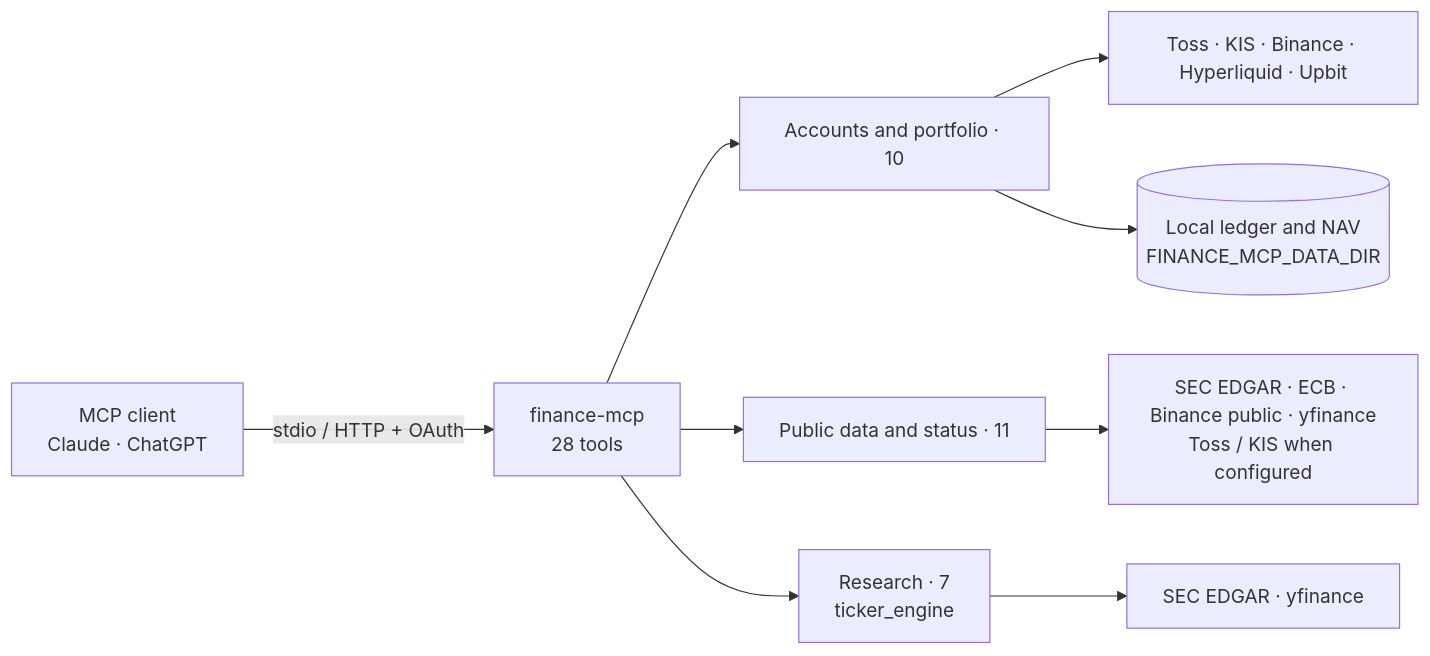
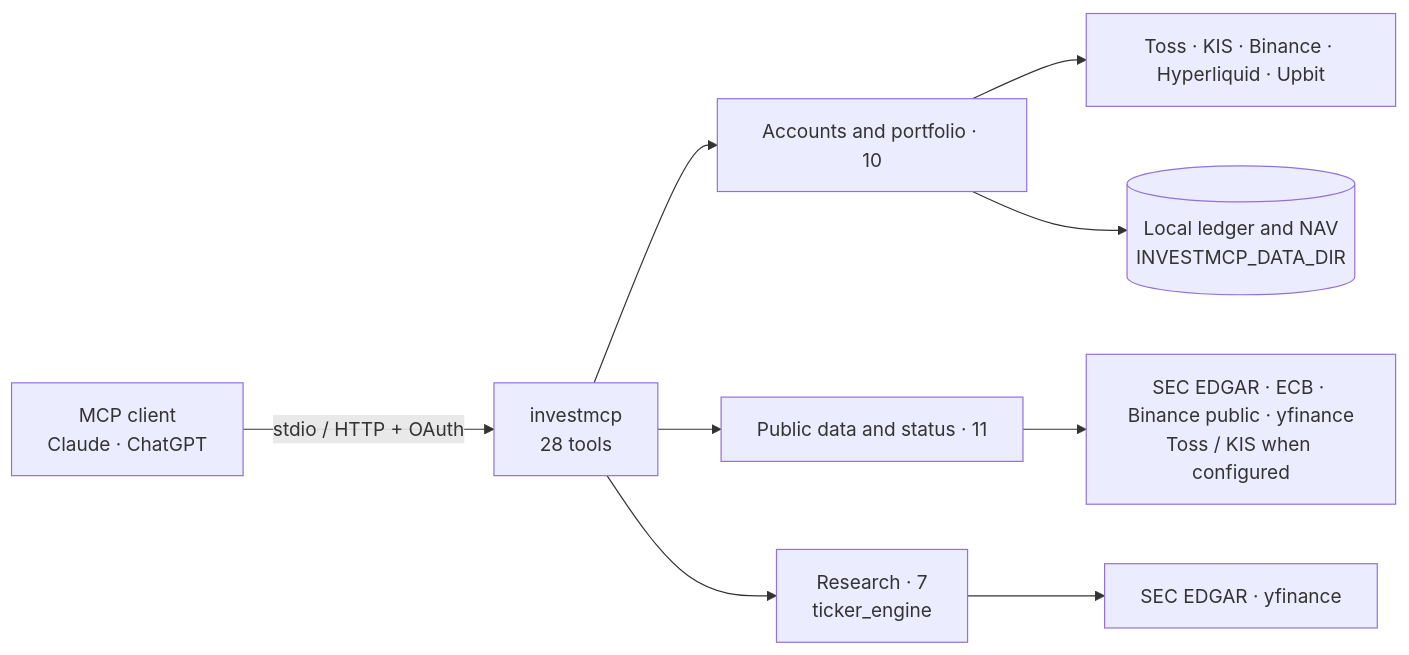
One commit to ianlyoo/finance-mcp changed the diagram in README.en.md. Above: the diagram before and after it, drawn with Mermaid. The commit also changed other lines of this file and 149 other files, not shown here.

````diff
--- a/README.en.md
+++ b/README.en.md
@@ -199,11 +199,11 @@
 ```mermaid
 flowchart LR
-  A["MCP client<br/>Claude · ChatGPT"] -->|"stdio / HTTP + OAuth"| B["finance-mcp<br/>28 tools"]
+  A["MCP client<br/>Claude · ChatGPT"] -->|"stdio / HTTP + OAuth"| B["investmcp<br/>28 tools"]
   B --> C["Accounts and portfolio · 10"]
   B --> D["Public data and status · 11"]
   B --> E["Research · 7<br/>ticker_engine"]
   C --> F["Toss · KIS · Binance · Hyperliquid · Upbit"]
-  C --> G[("Local ledger and NAV<br/>FINANCE_MCP_DATA_DIR")]
+  C --> G[("Local ledger and NAV<br/>INVESTMCP_DATA_DIR")]
   D --> H["SEC EDGAR · ECB · Binance public · yfinance<br/>Toss / KIS when configured"]
   E --> I["SEC EDGAR · yfinance"]
 ```
````
